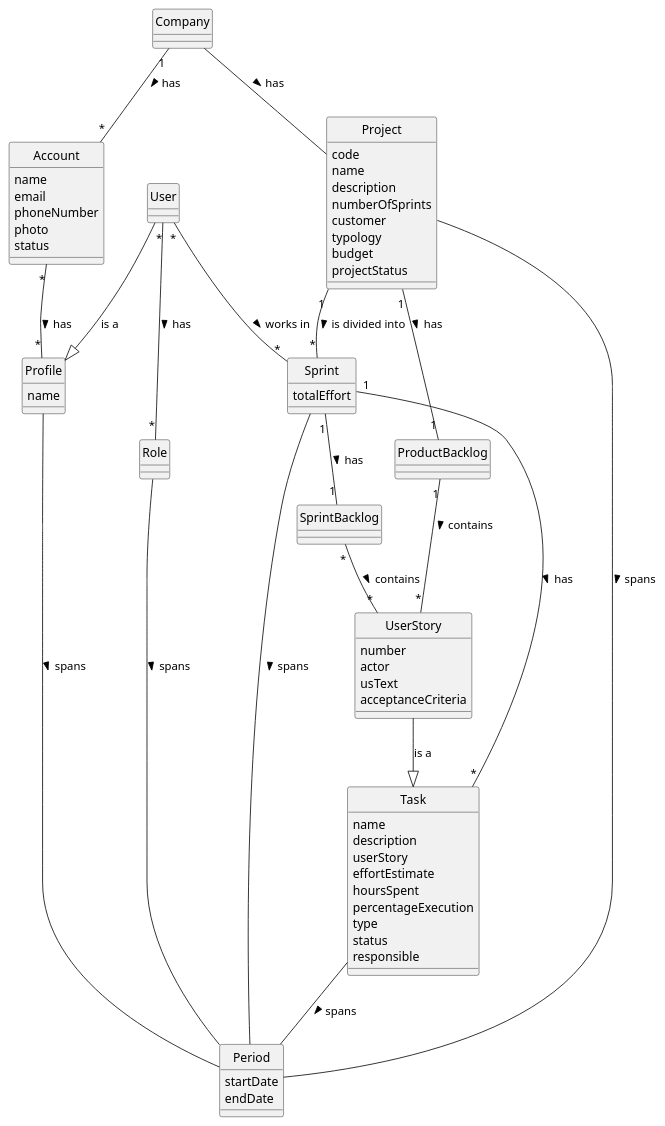
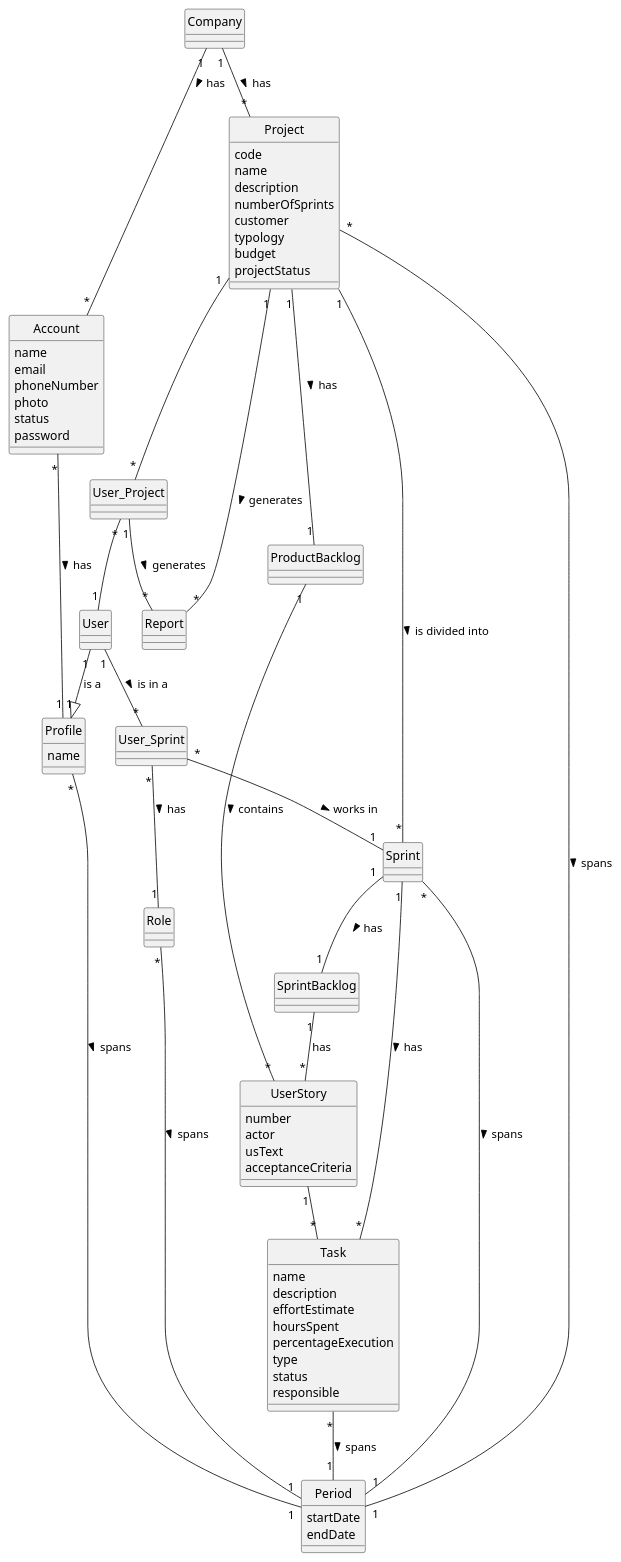
The diagram in docs/domain_analysis/Domain_Model_v2.puml (Loracline/project_switch_22-23), drawn with PlantUML before and after one commit.

Commit message:
None US number : Analysis : Domain Model refinement.

```diff
--- a/docs/domain_analysis/Domain_Model_v2.puml
+++ b/docs/domain_analysis/Domain_Model_v2.puml
@@ -1,86 +1,95 @@
 @startuml
 Class Company{}
 hide Company circle
 Class Account{
 name
 email
 phoneNumber
 photo
 status
+password
 }
 hide Account circle
 Class Profile{
 name
 }
 hide Profile circle
 Class Period{
 startDate
 endDate
 }
 hide Period circle
 Class User{}
 hide User circle
 Class Role{
 }
 hide Role circle
 Class Project{
 code
 name
 description
 numberOfSprints
 customer
 typology
 budget
 projectStatus
 }
 hide Project circle
 Class UserStory{
 number
 actor
 usText
 acceptanceCriteria
 }
 hide UserStory circle
 Class Task{
 name
 description
-userStory
 effortEstimate
 hoursSpent
 percentageExecution
 type
 status
 responsible
 }
 hide Task circle
 Class Sprint {
-totalEffort
 }
 hide Sprint circle
+Class User_Sprint{}
+hide User_Sprint circle
 Class ProductBacklog{
 }
 hide ProductBacklog circle
 Class SprintBacklog{
 }
 hide SprintBacklog circle
+Class Report {}
+hide Report circle
+Class User_Project {}
+hide User_Project circle
 
 Company "1" -- "*" Account : has >
-Account "*" -- "*" Profile: has >
-Profile -- Period: spans >
-User --|> Profile: is a
-User "*" -- "*" Role: has >
-Role -- Period: spans >
-Company -- Project: has >
-Project -- Period: spans >
-/'Project -- UserStory: contains >'/
+Account "*" -- "1" Profile: has >
+Profile "*" -- "1" Period: spans >
+User "1"--|>"1" Profile: is a
+User_Sprint "*" -- "1" Role: has >
+Role "*" -- "1" Period: spans >
+Company "1"-- "*" Project: has >
+Project "*" -- "1" Period: spans >
 Project "1" -- "*" Sprint: is divided into >
-UserStory --|> Task: is a
-Task -- Period: spans >
-Sprint -- Period: spans >
+Task "*" -- "1" Period: spans >
+Sprint "*" -- "1" Period: spans >
 Sprint "1" -- "*" Task: has >
 Project "1" -- "1" ProductBacklog: has >
 ProductBacklog "1" -- "*" UserStory: contains >
-User "*" -- "*" Sprint: works in >
+User "1" -- "*" User_Sprint: is in a >
+User_Sprint "*" -- "1" Sprint: works in >
 Sprint "1" -- "1" SprintBacklog: has >
-SprintBacklog "*" -- "*" UserStory: contains >
+SprintBacklog "1"--"*" UserStory: has
+UserStory "1"-- "*" Task
+Project "1" -- "*" Report: generates >
+Project "1" -- "*" User_Project
+User_Project "*"-- "1" User
+User_Project "1"--"*" Report: generates >
 @enduml
```
